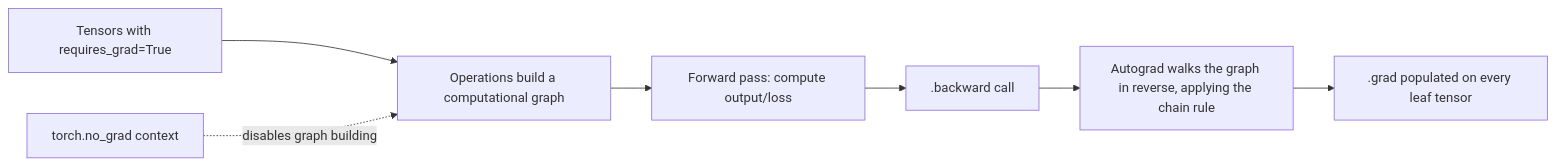
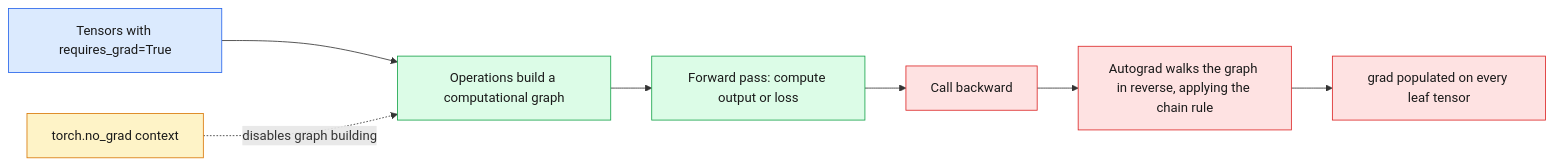
The first of 2 diagrams in day03_deep_learning/19_pytorch_autograd/README.md (bhanu-prakash12/ai-ml-engineer-fundamentals), drawn with Mermaid before and after one commit. The commit also changed other lines of this file and 68 other files, not shown here.

````diff
--- a/day03_deep_learning/19_pytorch_autograd/README.md
+++ b/day03_deep_learning/19_pytorch_autograd/README.md
@@ -32,9 +64,17 @@
 ```mermaid
 flowchart LR
-  A[Tensors with requires_grad=True] --> B[Operations build a computational graph]
-  B --> C[Forward pass: compute output/loss]
-  C --> D[.backward call]
-  D --> E[Autograd walks the graph in reverse, applying the chain rule]
-  E --> F[.grad populated on every leaf tensor]
-  G[torch.no_grad context] -.disables graph building.-> B
+  A["Tensors with requires_grad=True"] --> B["Operations build a computational graph"]
+  B --> C["Forward pass: compute output or loss"]
+  C --> D["Call backward"]
+  D --> E["Autograd walks the graph in reverse, applying the chain rule"]
+  E --> F["grad populated on every leaf tensor"]
+  G["torch.no_grad context"] -.->|"disables graph building"| B
+  classDef data fill:#DBEAFE,stroke:#2563EB,color:#1a1a1a;
+  classDef fwd fill:#DCFCE7,stroke:#16A34A,color:#1a1a1a;
+  classDef back fill:#FEE2E2,stroke:#DC2626,color:#1a1a1a;
+  classDef off fill:#FEF3C7,stroke:#D97706,color:#1a1a1a;
+  class A data;
+  class B,C fwd;
+  class D,E,F back;
+  class G off;
 ```
````
